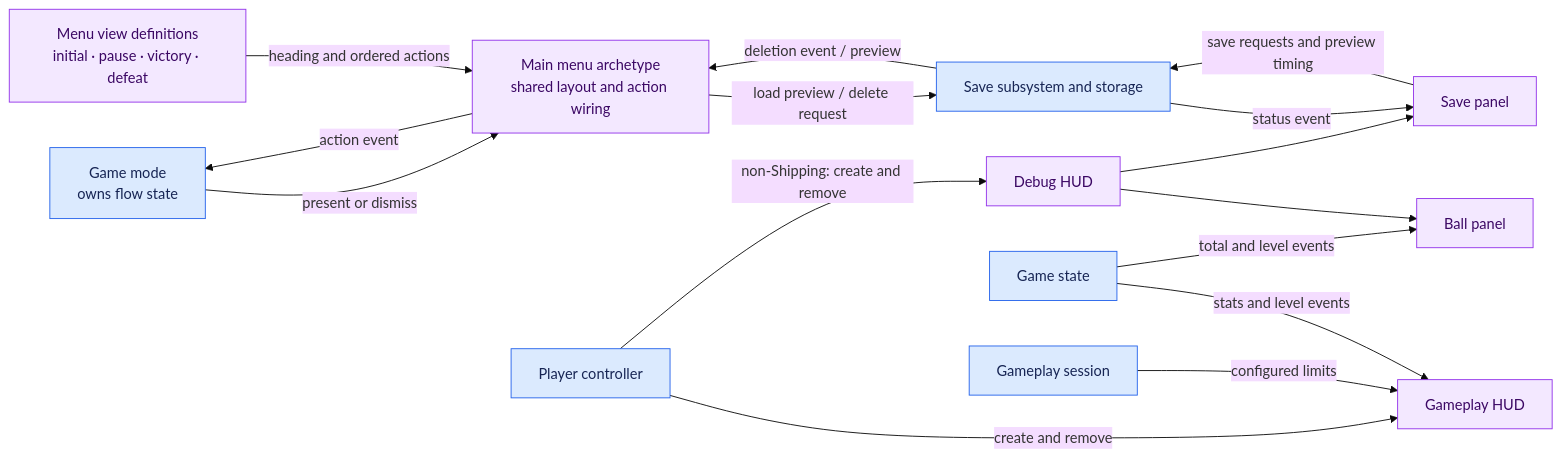
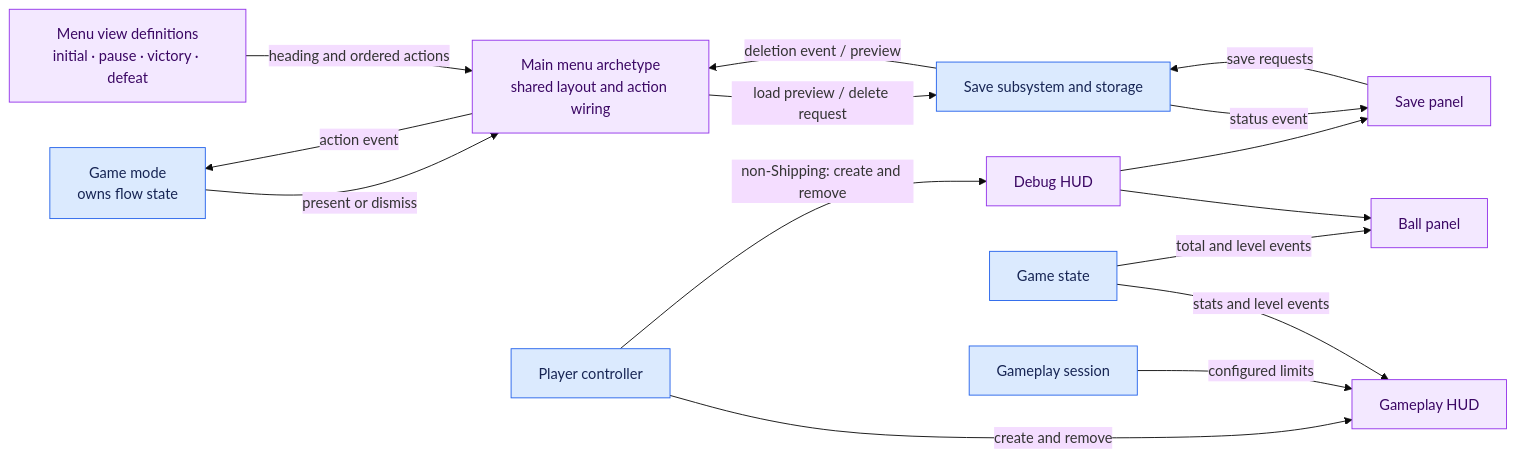
The second of 3 diagrams in docs/feature-flows.md (chaotive/test_UE_584_G1_c), drawn with Mermaid (base theme) before and after one commit. The commit also changed other lines of this file and 7 other files, not shown here.

Commit message:
Brighten balls and remove save preview delays

````diff
--- a/docs/feature-flows.md
+++ b/docs/feature-flows.md
@@ -36,21 +36,21 @@
 ```mermaid
 flowchart LR
     Mode["Game mode<br/>owns flow state"] -->|"present or dismiss"| Menu["Main menu archetype<br/>shared layout and action wiring"]
     Views["Menu view definitions<br/>initial · pause · victory · defeat"] -->|"heading and ordered actions"| Menu
     Menu -->|"action event"| Mode
     Menu -->|"load preview / delete request"| Save["Save subsystem and storage"]
     Save -->|"deletion event / preview"| Menu
     Controller["Player controller"] -->|"create and remove"| GameHUD["Gameplay HUD"]
     Controller -->|"non-Shipping: create and remove"| DebugHUD["Debug HUD"]
     DebugHUD --> BallPanel["Ball panel"]
     DebugHUD --> SavePanel["Save panel"]
     State["Game state"] -->|"stats and level events"| GameHUD
     State -->|"total and level events"| BallPanel
     Save -->|"status event"| SavePanel
-    SavePanel -->|"save requests and preview timing"| Save
+    SavePanel -->|"save requests"| Save
     Session["Gameplay session"] -->|"configured limits"| GameHUD
     classDef ui fill:#f3e8ff,stroke:#9333ea,color:#3b0764
     classDef systems fill:#dbeafe,stroke:#2563eb,color:#172554
     class Menu,Views,GameHUD,DebugHUD,BallPanel,SavePanel ui
     class Mode,Controller,State,Save,Session systems
 ```
````
